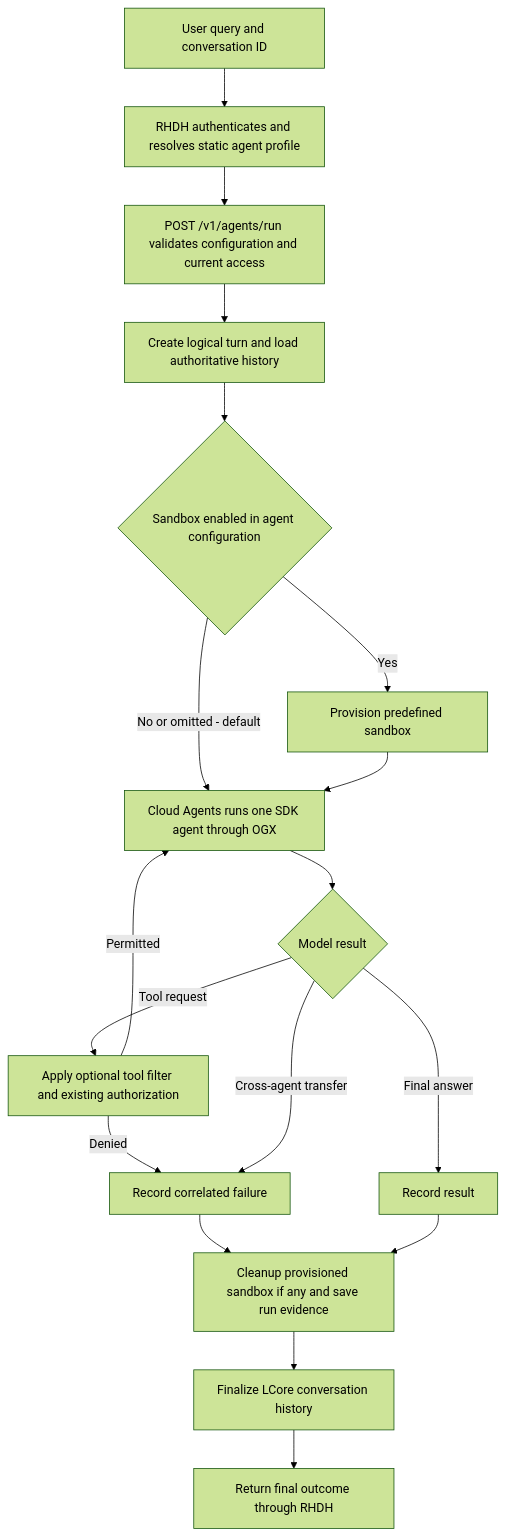
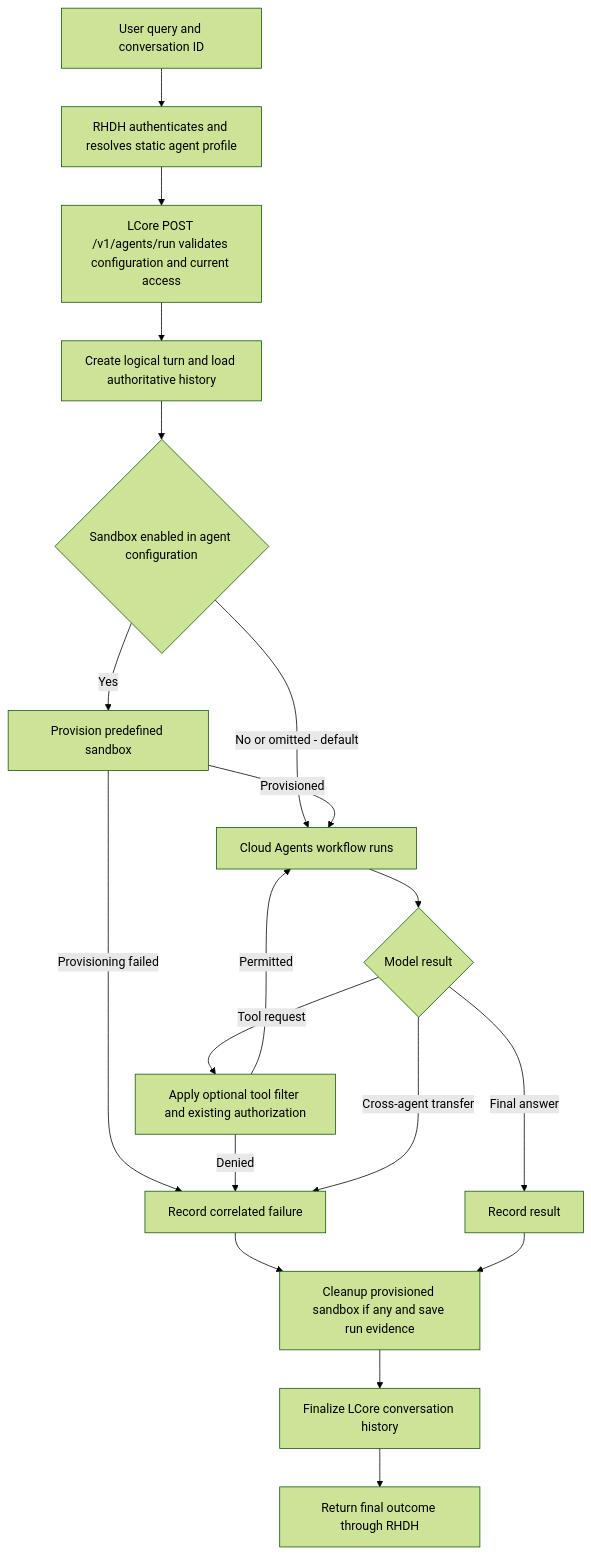
The diagram in diagrams/single-agent-workflow.md (yangcao77/rhdh-agentic-chat-interface-design), drawn with Mermaid (forest theme) before and after one commit. The commit also changed other lines of this file and 18 other files, not shown here.

````diff
--- a/diagrams/single-agent-workflow.md
+++ b/diagrams/single-agent-workflow.md
@@ -3,20 +3,21 @@
 ```mermaid
 flowchart TD
   Q[User query and conversation ID] --> R[RHDH authenticates and resolves static agent profile]
-  R --> C[POST /v1/agents/run validates configuration and current access]
+  R --> C[LCore POST /v1/agents/run validates configuration and current access]
   C --> P[Create logical turn and load authoritative history]
   P --> B{Sandbox enabled in agent configuration}
-  B -->|No or omitted - default| A[Cloud Agents runs one SDK agent through OGX]
+  B -->|No or omitted - default| A[Cloud Agents workflow runs]
   B -->|Yes| S[Provision predefined sandbox]
-  S --> A
+  S -->|Provisioned| A
+  S -->|Provisioning failed| E[Record correlated failure]
   A --> D{Model result}
   D -->|Tool request| T[Apply optional tool filter and existing authorization]
   T -->|Permitted| A
-  T -->|Denied| E[Record correlated failure]
+  T -->|Denied| E
   D -->|Cross-agent transfer| E
   D -->|Final answer| F[Record result]
   E --> X[Cleanup provisioned sandbox if any and save run evidence]
   F --> X
   X --> H[Finalize LCore conversation history]
   H --> U[Return final outcome through RHDH]
 ```
````
